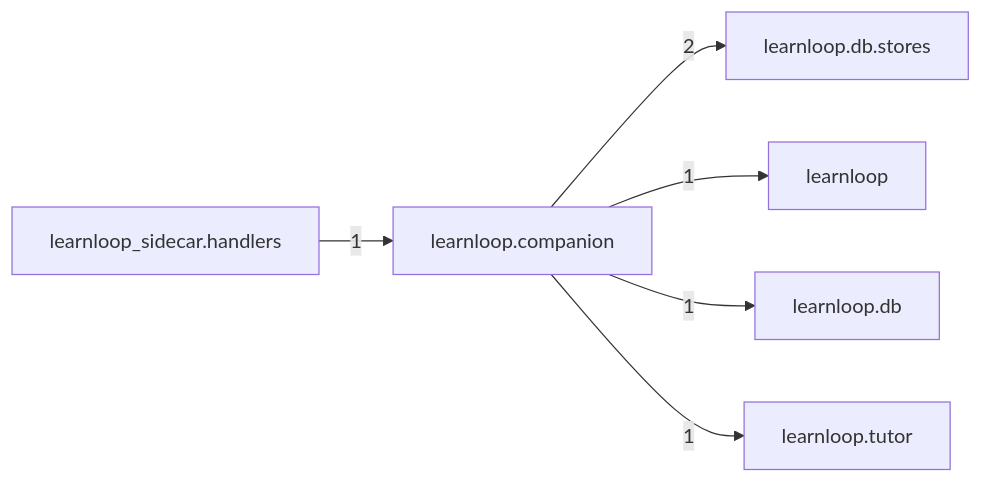
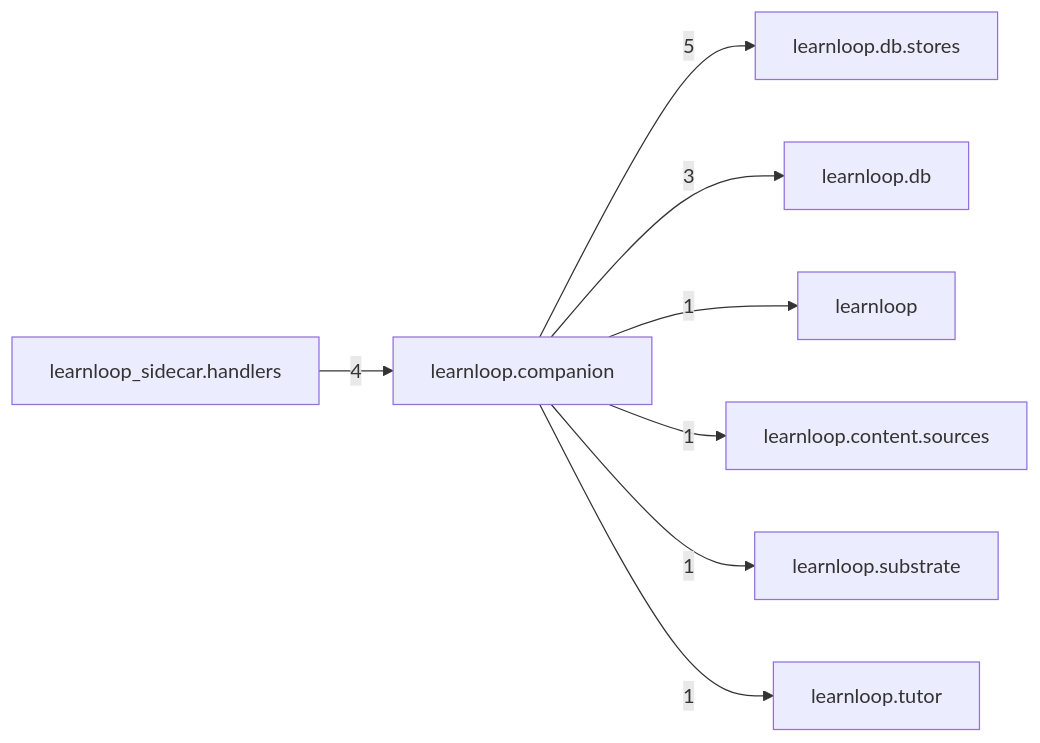
The diagram in docs/learnloop-architecture-vault/Reference/Modules/learnloop/companion/_package.md (6up-b/learnanything), drawn with Mermaid before and after one commit. The commit also changed other lines of this file and 67 other files, not shown here.

````diff
--- a/docs/learnloop-architecture-vault/Reference/Modules/learnloop/companion/_package.md
+++ b/docs/learnloop-architecture-vault/Reference/Modules/learnloop/companion/_package.md
@@ -66,14 +72,18 @@
 ```mermaid
 flowchart LR
     center["learnloop.companion"]
     n_learnloop_db_stores["learnloop.db.stores"]
+    n_learnloop_sidecar_handlers["learnloop_sidecar.handlers"]
+    n_learnloop_db["learnloop.db"]
     n_learnloop["learnloop"]
-    n_learnloop_db["learnloop.db"]
+    n_learnloop_content_sources["learnloop.content.sources"]
+    n_learnloop_substrate["learnloop.substrate"]
     n_learnloop_tutor["learnloop.tutor"]
-    n_learnloop_sidecar_handlers["learnloop_sidecar.handlers"]
-    center -->|2| n_learnloop_db_stores
+    center -->|5| n_learnloop_db_stores
+    n_learnloop_sidecar_handlers -->|4| center
+    center -->|3| n_learnloop_db
     center -->|1| n_learnloop
-    center -->|1| n_learnloop_db
+    center -->|1| n_learnloop_content_sources
+    center -->|1| n_learnloop_substrate
     center -->|1| n_learnloop_tutor
-    n_learnloop_sidecar_handlers -->|1| center
 ```
````
